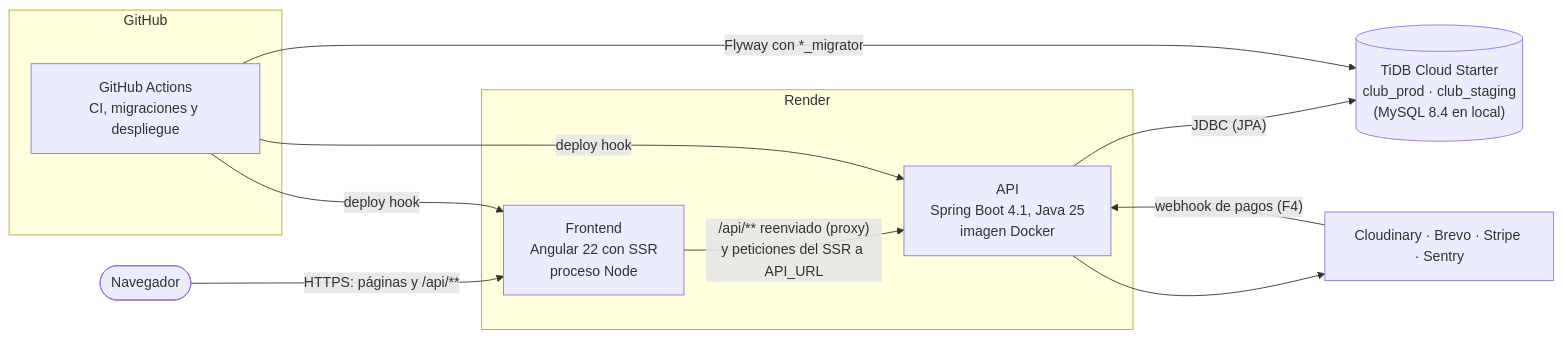
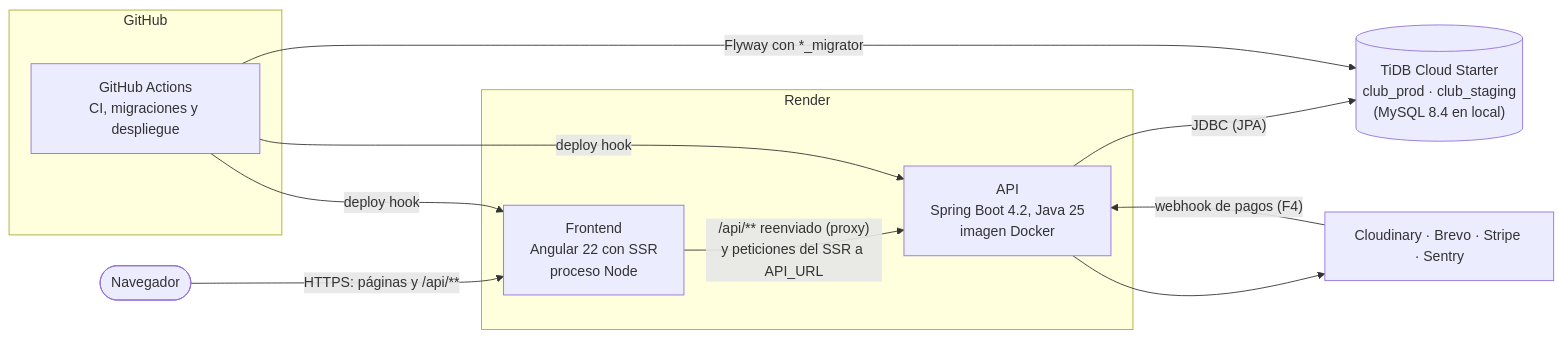
One commit to RodrigoSanmartinAlaejos/los-chicharros-vc changed the second of 4 diagrams in docs/03-arquitectura/arquitectura.md. Above: the diagram before and after it, drawn with Mermaid. The commit also changed other lines of this file and 3 other files, not shown here.

Commit message:
docs: actualizar la versión de Spring Boot a 4.2 (#102)

````diff
--- a/docs/03-arquitectura/arquitectura.md
+++ b/docs/03-arquitectura/arquitectura.md
@@ -37,20 +37,20 @@
 ```mermaid
 flowchart LR
     B(["Navegador"])
     subgraph Render
         FE["Frontend<br/>Angular 22 con SSR<br/>proceso Node"]
-        API["API<br/>Spring Boot 4.1, Java 25<br/>imagen Docker"]
+        API["API<br/>Spring Boot 4.2, Java 25<br/>imagen Docker"]
     end
     DB[("TiDB Cloud Starter<br/>club_prod · club_staging<br/>(MySQL 8.4 en local)")]
     subgraph GitHub
         GA["GitHub Actions<br/>CI, migraciones y despliegue"]
     end
     EXT["Cloudinary · Brevo · Stripe · Sentry"]
     B -->|"HTTPS: páginas y /api/**"| FE
     FE -->|"/api/** reenviado (proxy)<br/>y peticiones del SSR a API_URL"| API
     API -->|"JDBC (JPA)"| DB
     API --> EXT
     EXT -->|"webhook de pagos (F4)"| API
     GA -->|"Flyway con *_migrator"| DB
     GA -->|"deploy hook"| FE & API
 ```
````
